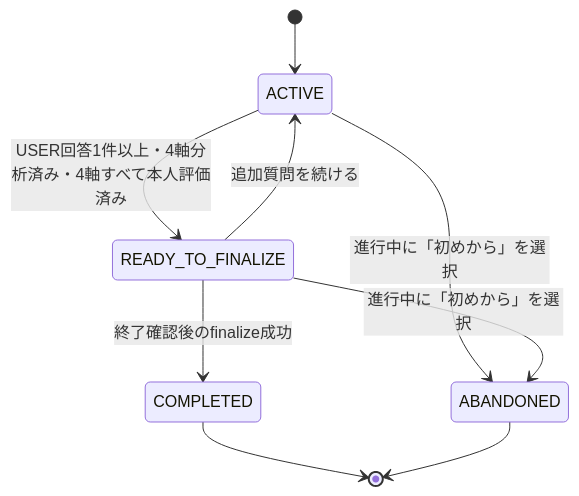
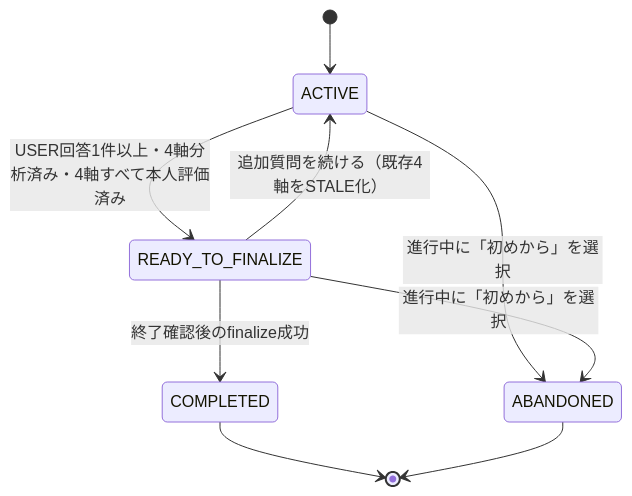
Before and after one commit to HACK-STAGE-STAGE2-teamG-YOZORA/Polaris: the second of 4 diagrams in docs/domain-model.md, drawn with Mermaid. The commit also changed other lines of this file and 4 other files, not shown here.

````diff
--- a/docs/domain-model.md
+++ b/docs/domain-model.md
@@ -90,11 +90,11 @@
 ```mermaid
 stateDiagram-v2
     [*] --> ACTIVE
     ACTIVE --> READY_TO_FINALIZE: USER回答1件以上・4軸分析済み・4軸すべて本人評価済み
-    READY_TO_FINALIZE --> ACTIVE: 追加質問を続ける
+    READY_TO_FINALIZE --> ACTIVE: 追加質問を続ける（既存4軸をSTALE化）
     ACTIVE --> ABANDONED: 進行中に「初めから」を選択
     READY_TO_FINALIZE --> ABANDONED: 進行中に「初めから」を選択
     READY_TO_FINALIZE --> COMPLETED: 終了確認後のfinalize成功
     COMPLETED --> [*]
     ABANDONED --> [*]
 ```
````
